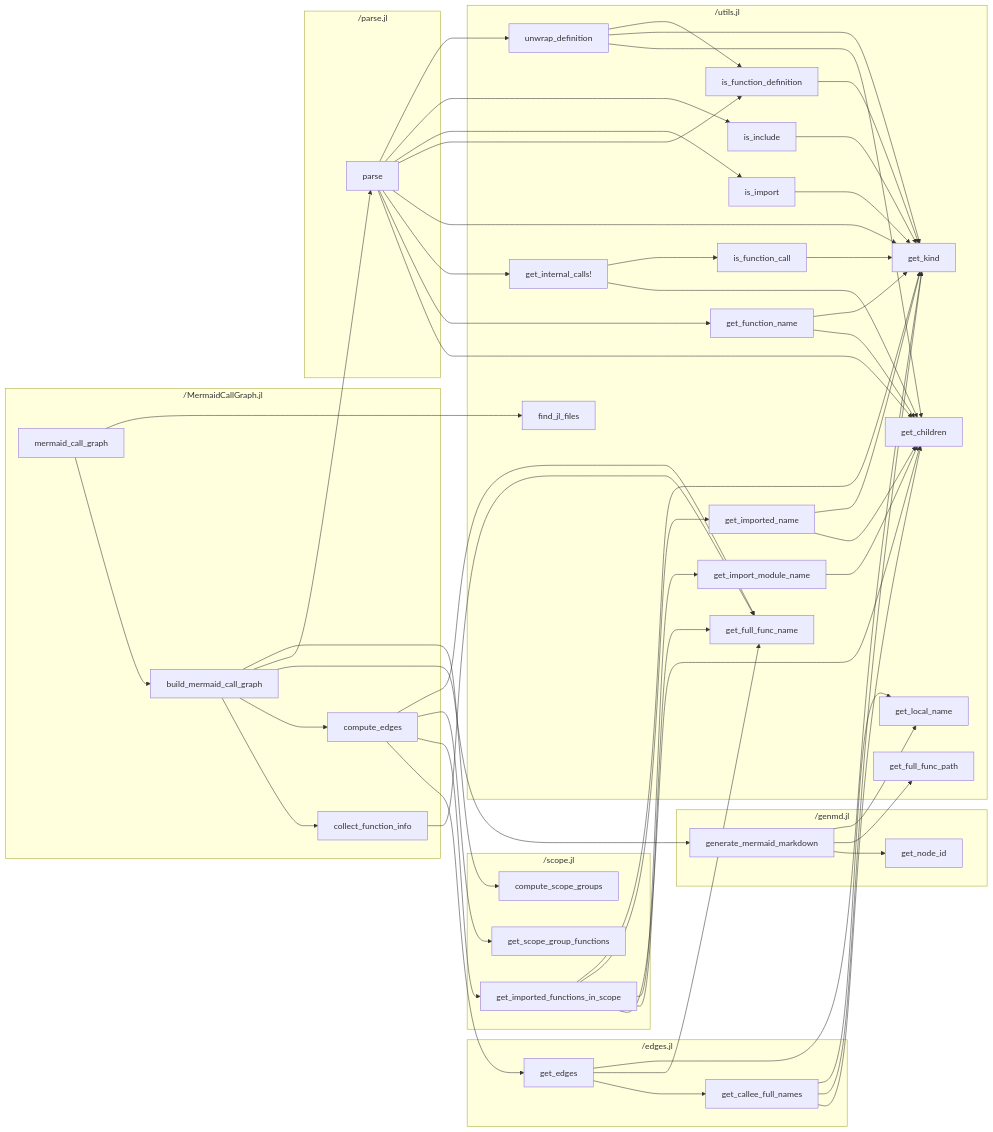
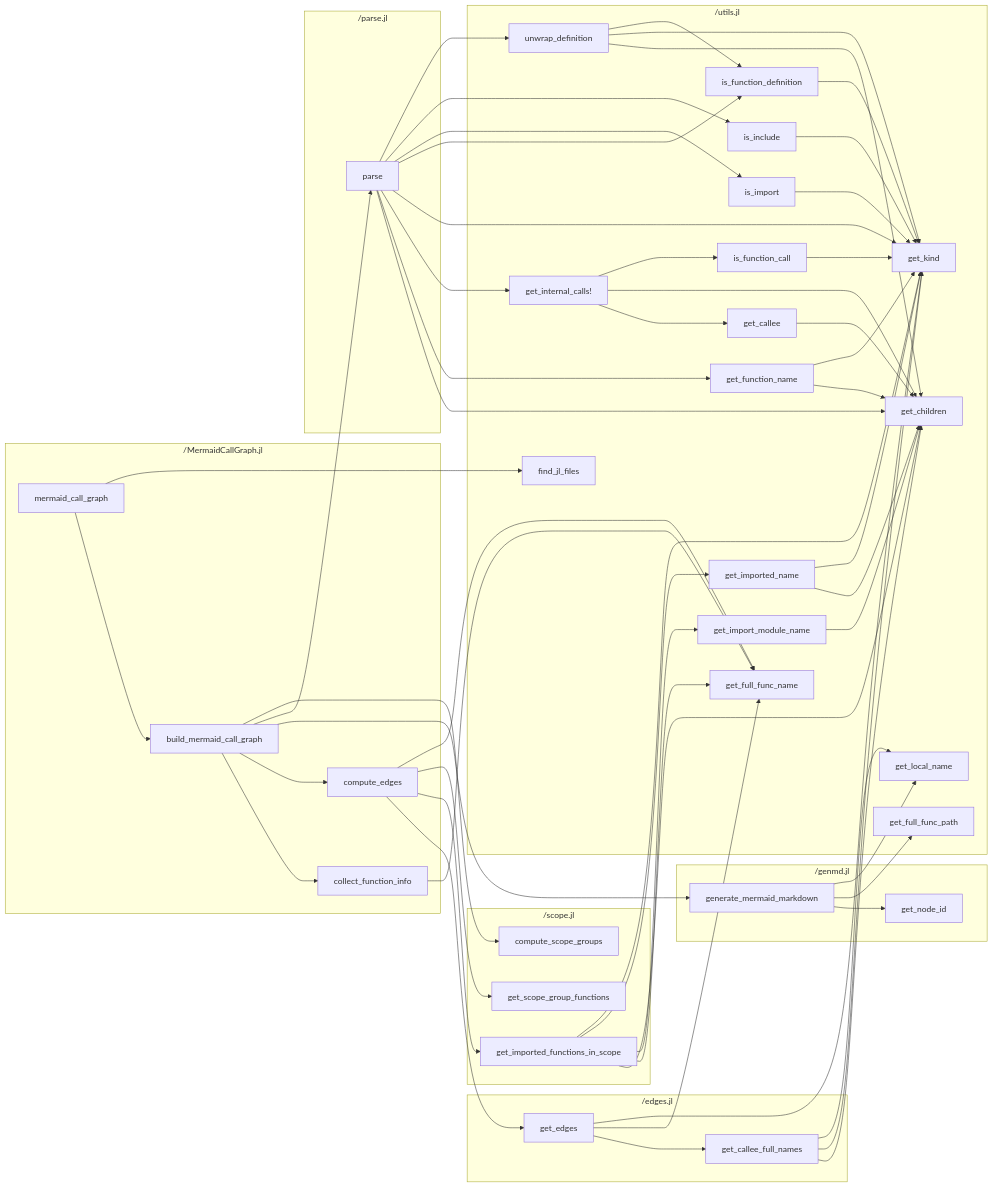
The diagram in README.md (t-garin/MermaidCallGraph.jl), drawn with Mermaid before and after one commit. The commit also changed other lines of this file and 2 other files, not shown here.

Commit message:
get_callee: extract real callee for infix/prefix calls

```diff
--- a/README.md
+++ b/README.md
@@ -36,6 +36,7 @@
     end
     subgraph "/utils.jl"
         _utils_jl_find_jl_files["find_jl_files"]
+        _utils_jl_get_callee["get_callee"]
         _utils_jl_get_children["get_children"]
         _utils_jl_get_full_func_name["get_full_func_name"]
         _utils_jl_get_full_func_path["get_full_func_path"]
@@ -85,11 +86,13 @@
     _scope_jl_get_imported_functions_in_scope --> _utils_jl_get_import_module_name
     _scope_jl_get_imported_functions_in_scope --> _utils_jl_get_imported_name
     _scope_jl_get_imported_functions_in_scope --> _utils_jl_get_kind
+    _utils_jl_get_callee --> _utils_jl_get_children
     _utils_jl_get_function_name --> _utils_jl_get_children
     _utils_jl_get_function_name --> _utils_jl_get_kind
     _utils_jl_get_import_module_name --> _utils_jl_get_children
     _utils_jl_get_imported_name --> _utils_jl_get_children
     _utils_jl_get_imported_name --> _utils_jl_get_kind
+    _utils_jl_get_internal_calls_ --> _utils_jl_get_callee
     _utils_jl_get_internal_calls_ --> _utils_jl_get_children
     _utils_jl_get_internal_calls_ --> _utils_jl_is_function_call
     _utils_jl_is_function_call --> _utils_jl_get_kind
```
